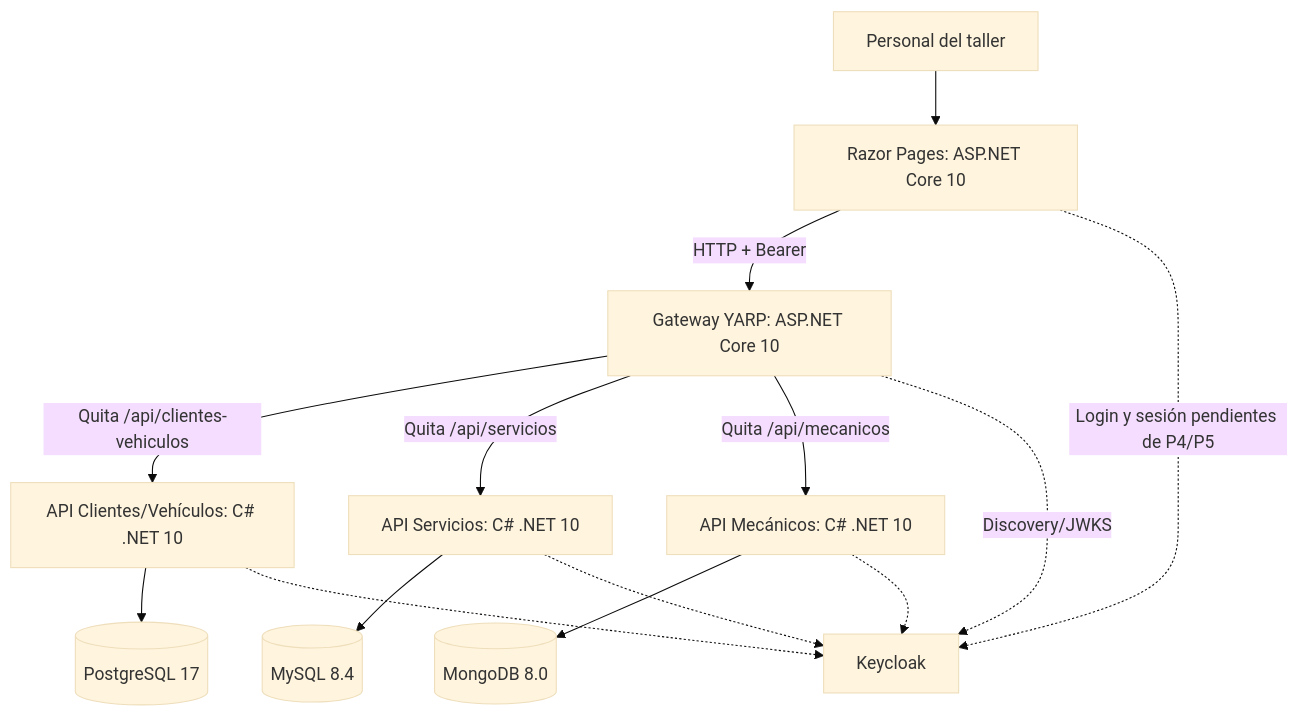
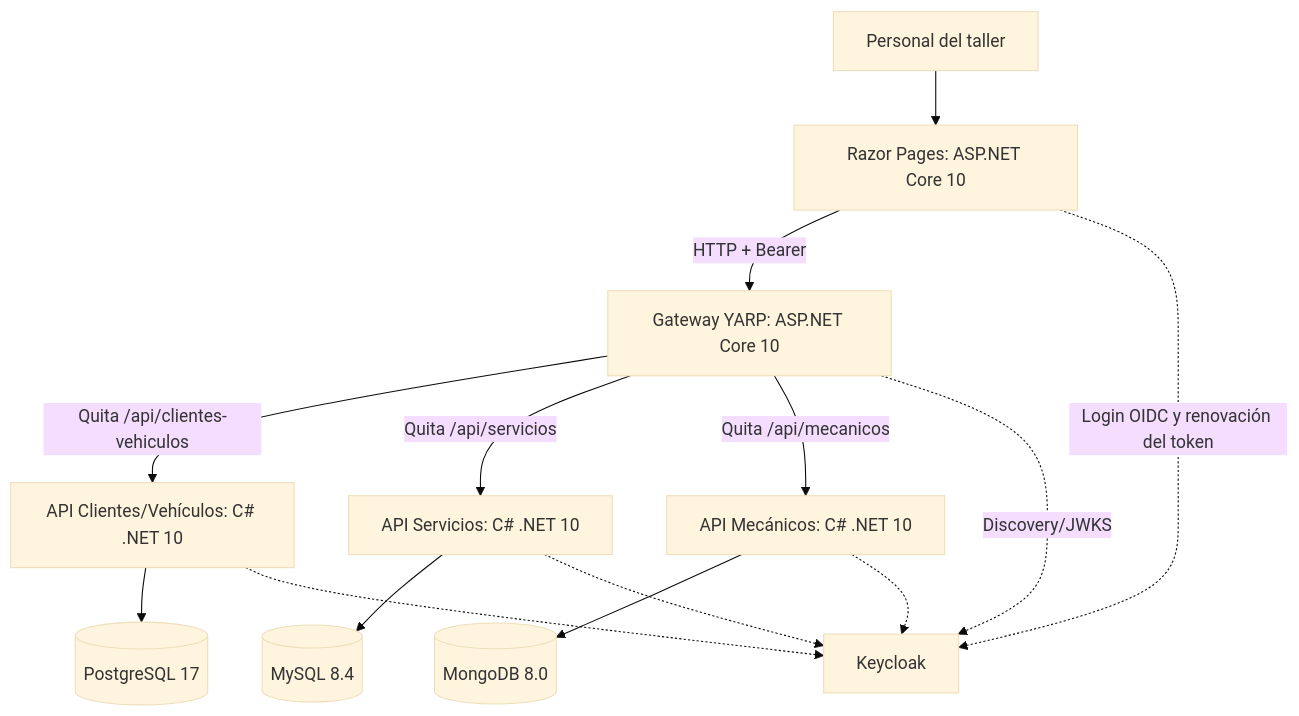
Before and after one commit to santiagotorresv/AutoTallerPro-Microservicios: the third of 7 diagrams in docs/grupo-1/arquitectura.md, drawn with Mermaid (base theme). The commit also changed other lines of this file and 53 other files, not shown here.

````diff
--- a/docs/grupo-1/arquitectura.md
+++ b/docs/grupo-1/arquitectura.md
@@ -35,16 +35,16 @@
 ```mermaid
 flowchart TB
   U[Personal del taller] --> R[Razor Pages: ASP.NET Core 10]
   R -->|HTTP + Bearer| G[Gateway YARP: ASP.NET Core 10]
   G -->|Quita /api/clientes-vehiculos| C[API Clientes/Vehículos: C# .NET 10]
   G -->|Quita /api/servicios| S[API Servicios: C# .NET 10]
   G -->|Quita /api/mecanicos| M[API Mecánicos: C# .NET 10]
   C --> P[(PostgreSQL 17)]
   S --> SQL[(MySQL 8.4)]
   M --> D[(MongoDB 8.0)]
   G -.->|Discovery/JWKS| K[Keycloak]
   C -.-> K
   S -.-> K
   M -.-> K
-  R -.->|Login y sesión pendientes de P4/P5| K
+  R -.->|Login OIDC y renovación del token| K
 ```
````
